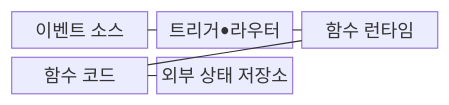
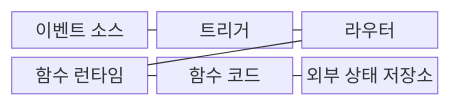
The first of 2 diagrams in src/content/docs/notes/08-latest-tech/161_function_as_a_service.md (agnusdei1207/knowledge-base), drawn with Mermaid before and after one commit. The commit also changed other lines of this file and 20 other files, not shown here.

````diff
--- a/src/content/docs/notes/08-latest-tech/161_function_as_a_service.md
+++ b/src/content/docs/notes/08-latest-tech/161_function_as_a_service.md
@@ -70,13 +73,15 @@
 ```mermaid
 block-beta
   columns 3
   source["이벤트 소스"]
-  trigger["트리거•라우터"]
+  trigger["트리거"]
+  router["라우터"]
   runtime["함수 런타임"]
   function["함수 코드"]
   state["외부 상태 저장소"]
   source --- trigger
-  trigger --- runtime
+  trigger --- router
+  router --- runtime
   runtime --- function
   function --- state
 ```
````
